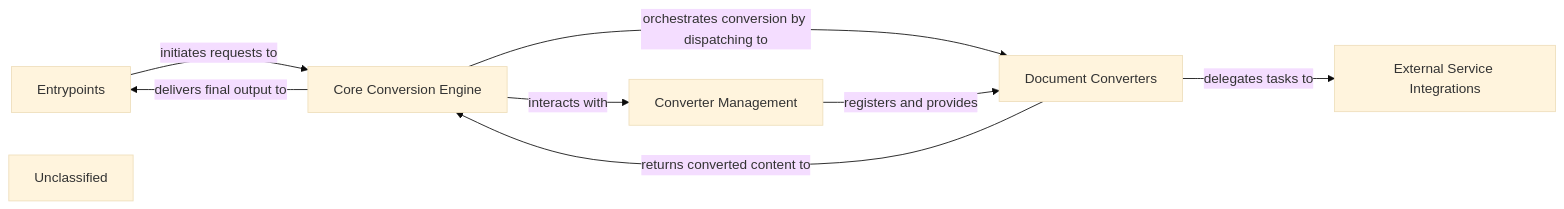
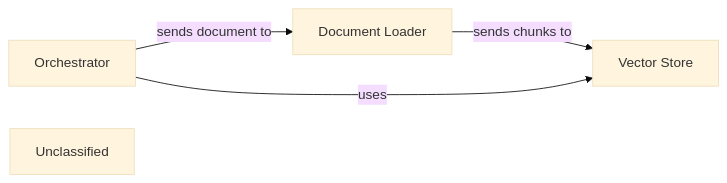
Before and after one commit to CodeBoarding/GeneratedOnBoardings: the diagram in markitdown/on_boarding.md, drawn with Mermaid (base theme). The commit also changed other lines of this file, not shown here.

````diff
--- a/markitdown/on_boarding.md
+++ b/markitdown/on_boarding.md
@@ -1,16 +1,10 @@
 ```mermaid
 graph LR
-    Entrypoints["Entrypoints"]
-    Core_Conversion_Engine["Core Conversion Engine"]
-    Converter_Management["Converter Management"]
-    Document_Converters["Document Converters"]
-    External_Service_Integrations["External Service Integrations"]
+    Orchestrator["Orchestrator"]
+    Document_Loader["Document Loader"]
+    Vector_Store["Vector Store"]
     Unclassified["Unclassified"]
-    Entrypoints -- "initiates requests to" --> Core_Conversion_Engine
-    Core_Conversion_Engine -- "interacts with" --> Converter_Management
-    Core_Conversion_Engine -- "orchestrates conversion by dispatching to" --> Document_Converters
-    Converter_Management -- "registers and provides" --> Document_Converters
-    Document_Converters -- "delegates tasks to" --> External_Service_Integrations
-    Document_Converters -- "returns converted content to" --> Core_Conversion_Engine
-    Core_Conversion_Engine -- "delivers final output to" --> Entrypoints
+    Orchestrator -- "sends document to" --> Document_Loader
+    Document_Loader -- "sends chunks to" --> Vector_Store
+    Orchestrator -- "uses" --> Vector_Store
 ```
````
